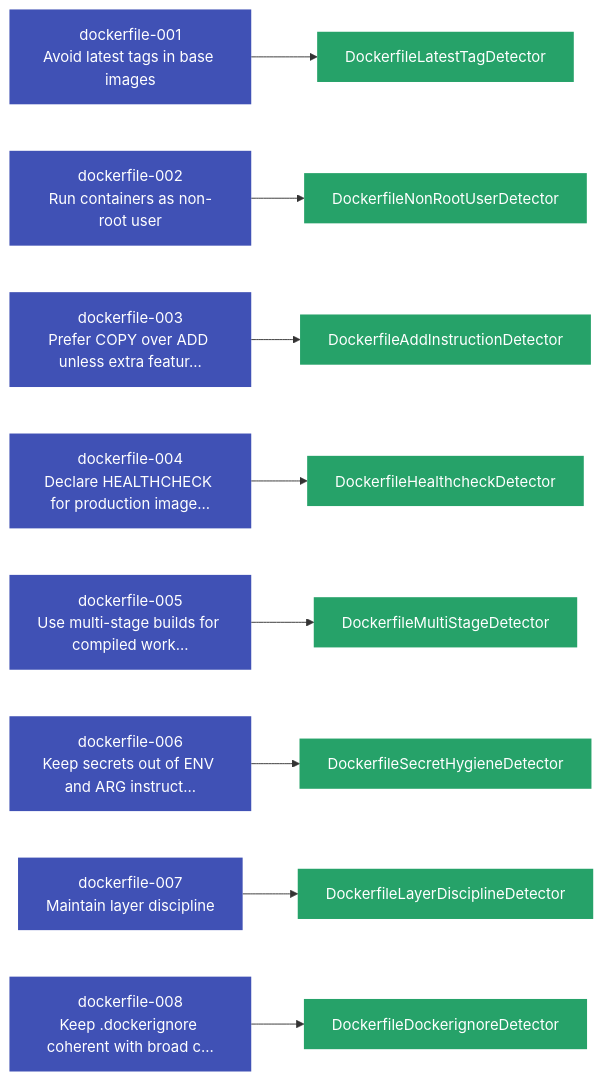
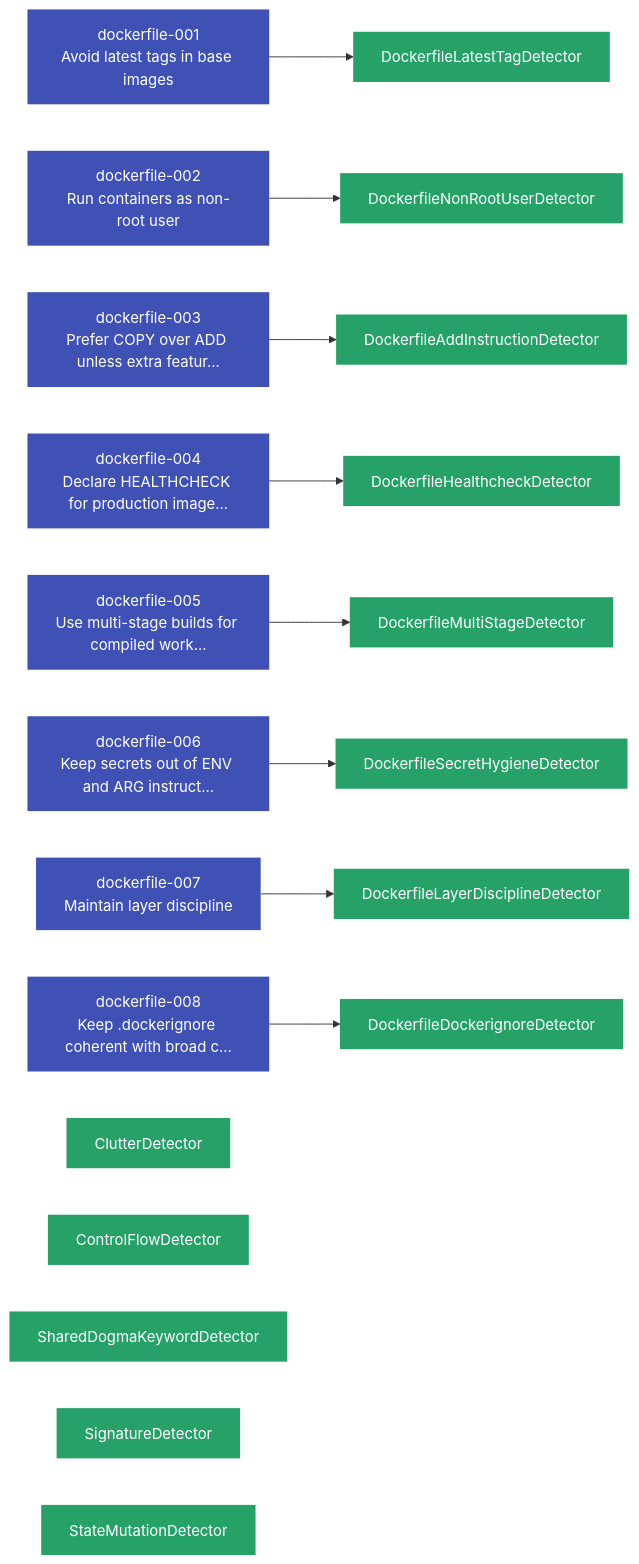
The diagram in docs/user-guide/languages/dockerfile.md (Anselmoo/mcp-zen-of-languages), drawn with Mermaid before and after one commit. The commit also changed other lines of this file and 59 other files, not shown here.

````diff
--- a/docs/user-guide/languages/dockerfile.md
+++ b/docs/user-guide/languages/dockerfile.md
@@ -192,45 +202,55 @@
     ```mermaid
     graph LR
     dockerfile_001["dockerfile-001<br/>Avoid latest tags in base images"]
     dockerfile_002["dockerfile-002<br/>Run containers as non-root user"]
     dockerfile_003["dockerfile-003<br/>Prefer COPY over ADD unless extra featur..."]
     dockerfile_004["dockerfile-004<br/>Declare HEALTHCHECK for production image..."]
     dockerfile_005["dockerfile-005<br/>Use multi-stage builds for compiled work..."]
     dockerfile_006["dockerfile-006<br/>Keep secrets out of ENV and ARG instruct..."]
     dockerfile_007["dockerfile-007<br/>Maintain layer discipline"]
     dockerfile_008["dockerfile-008<br/>Keep .dockerignore coherent with broad c..."]
+    det_ClutterDetector["ClutterDetector"]
+    det_ControlFlowDetector["ControlFlowDetector"]
     det_DockerfileAddInstructionDetector["DockerfileAddInstructionDetector"]
     dockerfile_003 --> det_DockerfileAddInstructionDetector
     det_DockerfileDockerignoreDetector["DockerfileDockerignoreDetector"]
     dockerfile_008 --> det_DockerfileDockerignoreDetector
     det_DockerfileHealthcheckDetector["DockerfileHealthcheckDetector"]
     dockerfile_004 --> det_DockerfileHealthcheckDetector
     det_DockerfileLatestTagDetector["DockerfileLatestTagDetector"]
     dockerfile_001 --> det_DockerfileLatestTagDetector
     det_DockerfileLayerDisciplineDetector["DockerfileLayerDisciplineDetector"]
     dockerfile_007 --> det_DockerfileLayerDisciplineDetector
     det_DockerfileMultiStageDetector["DockerfileMultiStageDetector"]
     dockerfile_005 --> det_DockerfileMultiStageDetector
     det_DockerfileNonRootUserDetector["DockerfileNonRootUserDetector"]
     dockerfile_002 --> det_DockerfileNonRootUserDetector
     det_DockerfileSecretHygieneDetector["DockerfileSecretHygieneDetector"]
     dockerfile_006 --> det_DockerfileSecretHygieneDetector
+    det_SharedDogmaKeywordDetector["SharedDogmaKeywordDetector"]
+    det_SignatureDetector["SignatureDetector"]
+    det_StateMutationDetector["StateMutationDetector"]
     classDef principle fill:#4051b5,color:#fff,stroke:none
     classDef detector fill:#26a269,color:#fff,stroke:none
     class dockerfile_001 principle
     class dockerfile_002 principle
     class dockerfile_003 principle
     class dockerfile_004 principle
     class dockerfile_005 principle
     class dockerfile_006 principle
     class dockerfile_007 principle
     class dockerfile_008 principle
+    class det_ClutterDetector detector
+    class det_ControlFlowDetector detector
     class det_DockerfileAddInstructionDetector detector
     class det_DockerfileDockerignoreDetector detector
     class det_DockerfileHealthcheckDetector detector
     class det_DockerfileLatestTagDetector detector
     class det_DockerfileLayerDisciplineDetector detector
     class det_DockerfileMultiStageDetector detector
     class det_DockerfileNonRootUserDetector detector
     class det_DockerfileSecretHygieneDetector detector
+    class det_SharedDogmaKeywordDetector detector
+    class det_SignatureDetector detector
+    class det_StateMutationDetector detector
     ```
````
